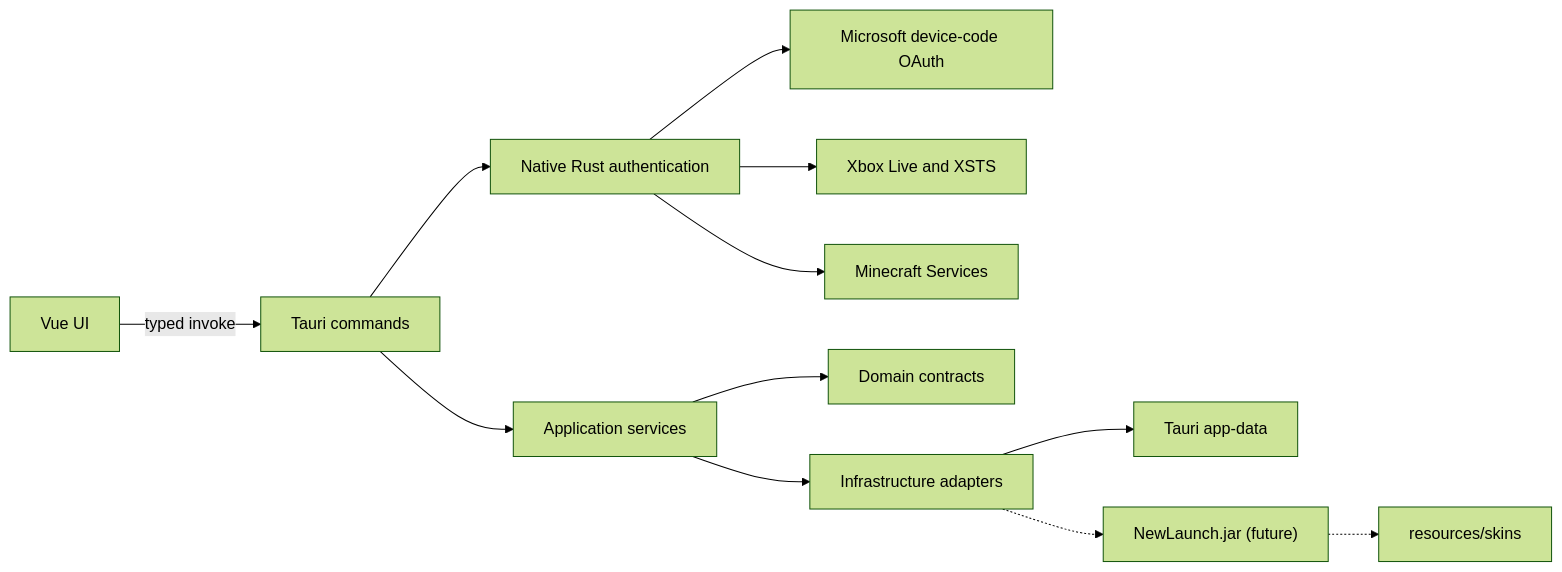
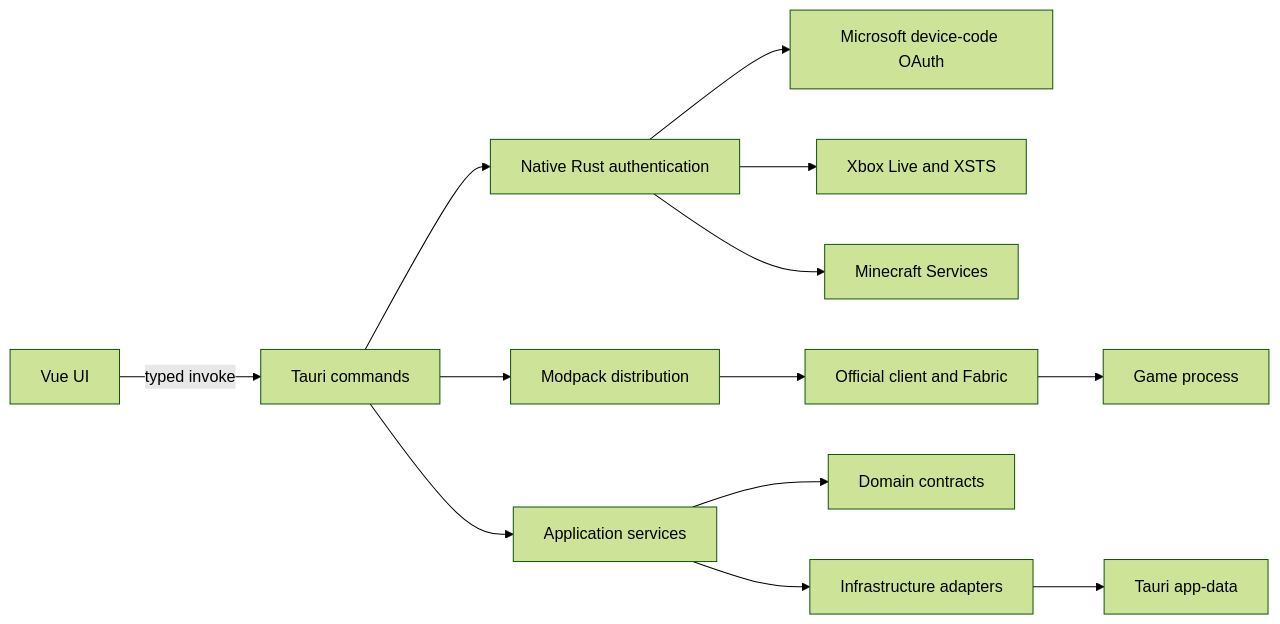
The diagram in launcher/docs/architecture.md (ne-utka/neutka_server), drawn with Mermaid (forest theme) before and after one commit. The commit also changed other lines of this file and 24 other files, not shown here.

First line of the commit message:
Install and launch the game from the server modpack

````diff
--- a/launcher/docs/architecture.md
+++ b/launcher/docs/architecture.md
@@ -11,14 +11,15 @@
 ```mermaid
 flowchart LR
     VueUI[Vue UI] -->|typed invoke| Commands[Tauri commands]
     Commands --> Auth[Native Rust authentication]
     Auth --> Microsoft[Microsoft device-code OAuth]
     Auth --> Xbox[Xbox Live and XSTS]
     Auth --> Minecraft[Minecraft Services]
+    Commands --> Distribution[Modpack distribution]
+    Distribution --> Vanilla[Official client and Fabric]
+    Vanilla --> Game[Game process]
     Commands --> Application[Application services]
     Application --> Domain[Domain contracts]
     Application --> Infrastructure[Infrastructure adapters]
     Infrastructure --> AppData["Tauri app-data"]
-    Infrastructure -.-> JavaHelper["NewLaunch.jar (future)"]
-    JavaHelper -.-> Skins[resources/skins]
 ```
````
